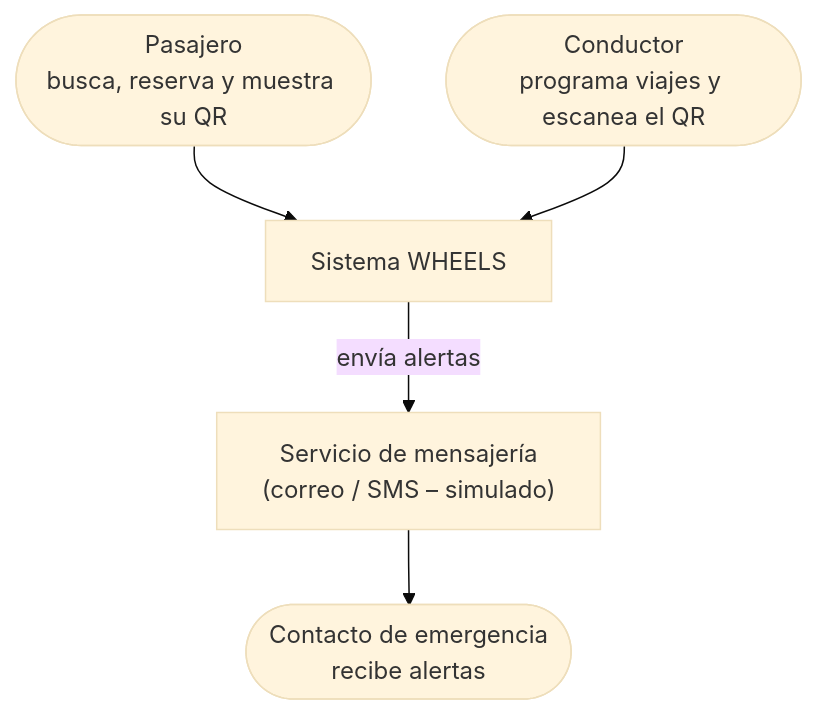
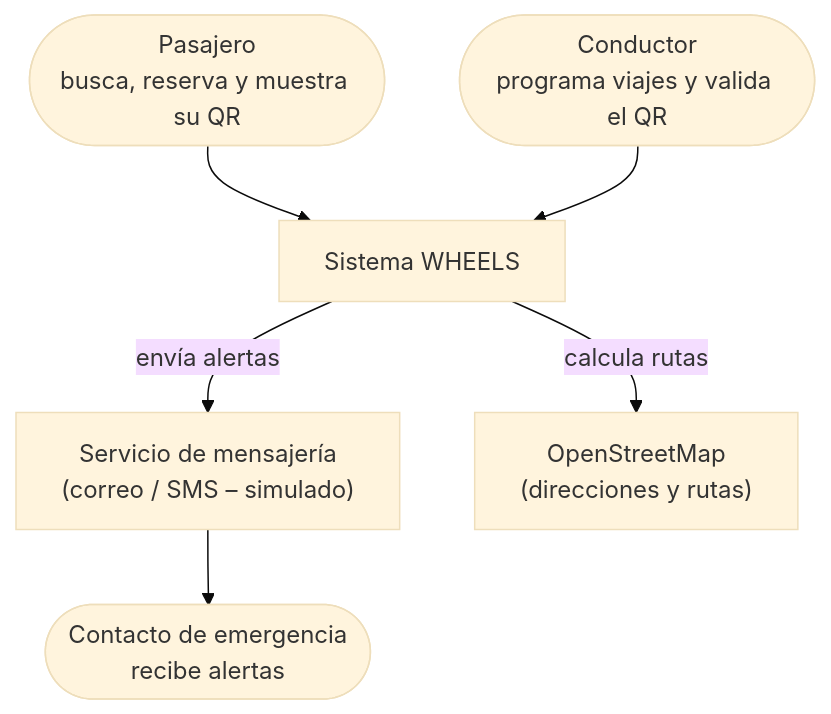
One commit to DanielForero14/Wheels-alternative changed the second of 4 diagrams in docs/arquitectura.md. Above: the diagram before and after it, drawn with Mermaid (base theme). The commit also changed other lines of this file and 111 other files, not shown here.

````diff
--- a/docs/arquitectura.md
+++ b/docs/arquitectura.md
@@ -111,13 +113,15 @@
 ```mermaid
 flowchart TB
     Pasajero(["Pasajero<br/>busca, reserva y muestra su QR"])
-    Conductor(["Conductor<br/>programa viajes y escanea el QR"])
+    Conductor(["Conductor<br/>programa viajes y valida el QR"])
     Contacto(["Contacto de emergencia<br/>recibe alertas"])
     Wheels["Sistema WHEELS"]
     Mensajeria["Servicio de mensajería<br/>(correo / SMS – simulado)"]
+    Mapas["OpenStreetMap<br/>(direcciones y rutas)"]
 
     Pasajero --> Wheels
+    Wheels -->|calcula rutas| Mapas
     Conductor --> Wheels
     Wheels -->|envía alertas| Mensajeria
     Mensajeria --> Contacto
 ```
````
